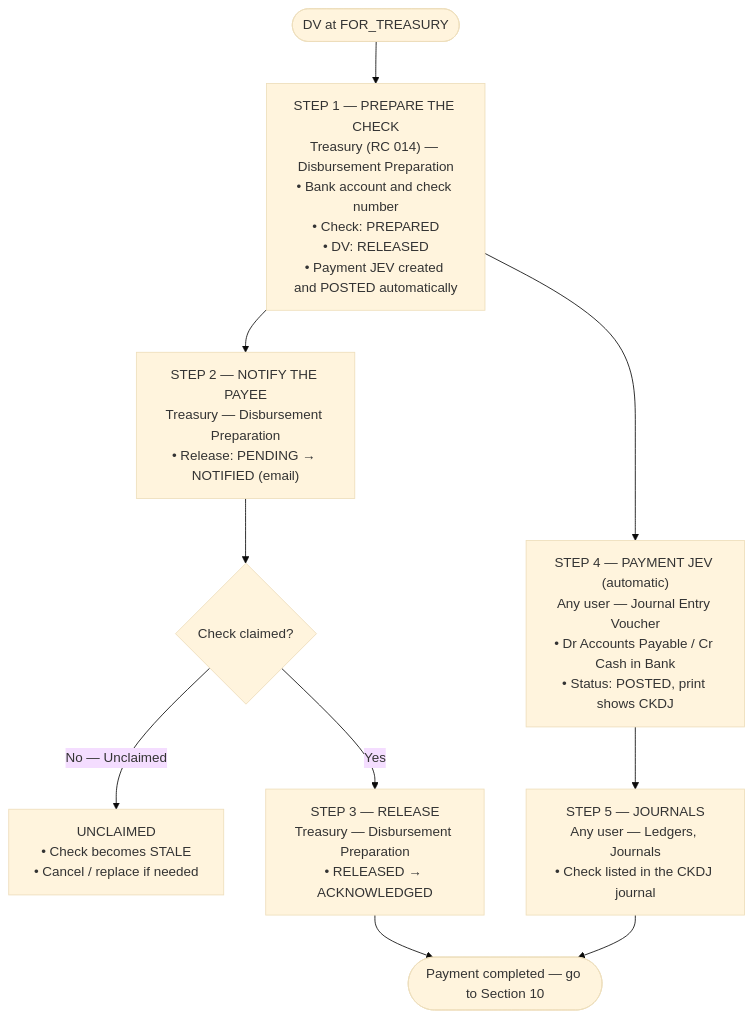
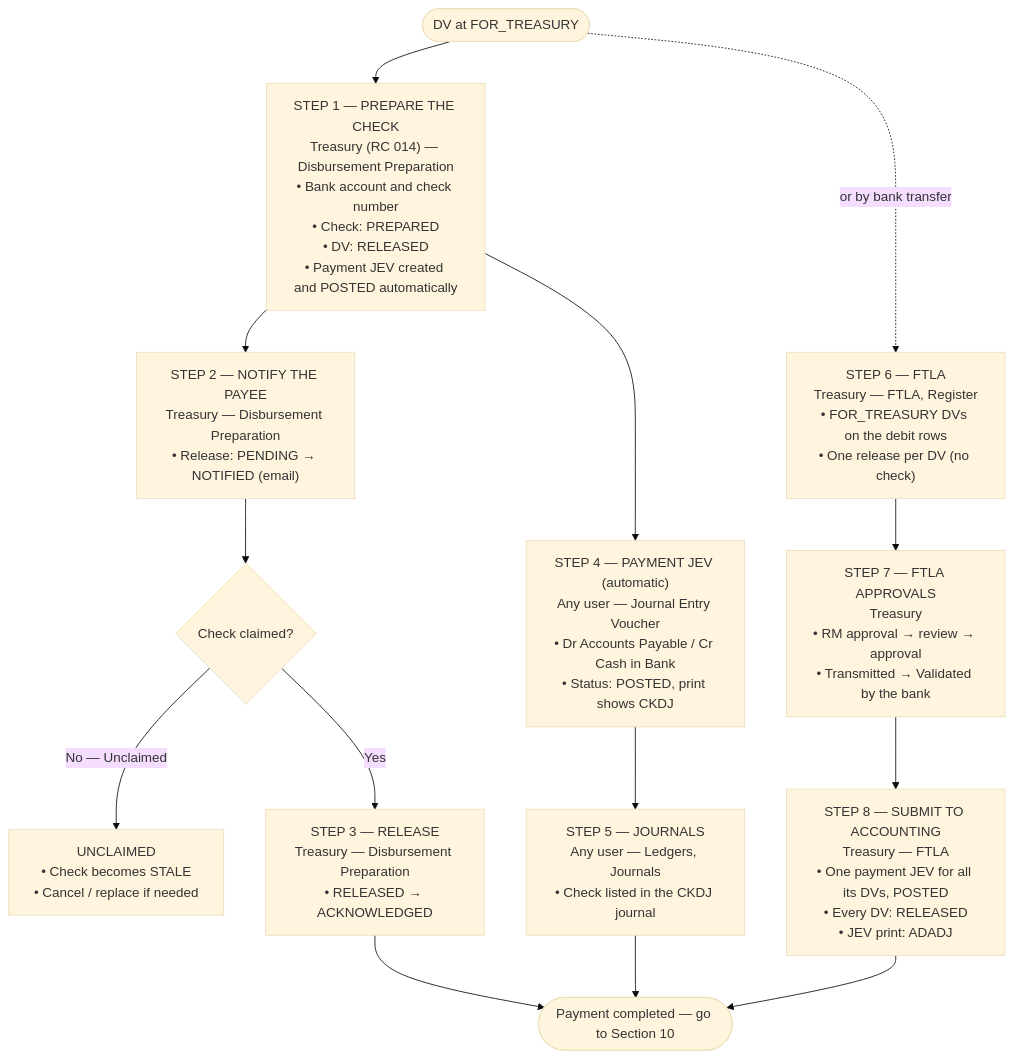
Before and after one commit to A-team-ITBS/fims-nha: diagram 12 of 14 in system_docs/process-flow/PROCESS-FLOW.md, drawn with Mermaid (base theme). The commit also changed other lines of this file and 3 other files, not shown here.

Commit message:
Print: FTLA payment JEV prints ADADJ; docs: FTLA release, Collections JEV, GL roll-up

````diff
--- a/system_docs/process-flow/PROCESS-FLOW.md
+++ b/system_docs/process-flow/PROCESS-FLOW.md
@@ -452,12 +457,16 @@
 ```mermaid
 flowchart TD
     START(["DV at FOR_TREASURY"]) --> S1["STEP 1 — PREPARE THE CHECK<br/>Treasury (RC 014) — Disbursement Preparation<br/>• Bank account and check number<br/>• Check: PREPARED<br/>• DV: RELEASED<br/>• Payment JEV created and POSTED automatically"]
     S1 --> S2["STEP 2 — NOTIFY THE PAYEE<br/>Treasury — Disbursement Preparation<br/>• Release: PENDING → NOTIFIED (email)"]
     S2 --> D1{"Check claimed?"}
     D1 -->|"No — Unclaimed"| U["UNCLAIMED<br/>• Check becomes STALE<br/>• Cancel / replace if needed"]
     D1 -->|"Yes"| S3["STEP 3 — RELEASE<br/>Treasury — Disbursement Preparation<br/>• RELEASED → ACKNOWLEDGED"]
     S1 --> S4["STEP 4 — PAYMENT JEV (automatic)<br/>Any user — Journal Entry Voucher<br/>• Dr Accounts Payable / Cr Cash in Bank<br/>• Status: POSTED, print shows CKDJ"]
     S4 --> S5["STEP 5 — JOURNALS<br/>Any user — Ledgers, Journals<br/>• Check listed in the CKDJ journal"]
     S3 --> END(["Payment completed — go to Section 10"])
     S5 --> END
+    START -.->|"or by bank transfer"| F1["STEP 6 — FTLA<br/>Treasury — FTLA, Register<br/>• FOR_TREASURY DVs on the debit rows<br/>• One release per DV (no check)"]
+    F1 --> F2["STEP 7 — FTLA APPROVALS<br/>Treasury<br/>• RM approval → review → approval<br/>• Transmitted → Validated by the bank"]
+    F2 --> F3["STEP 8 — SUBMIT TO ACCOUNTING<br/>Treasury — FTLA<br/>• One payment JEV for all its DVs, POSTED<br/>• Every DV: RELEASED<br/>• JEV print: ADADJ"]
+    F3 --> END
 ```
````
